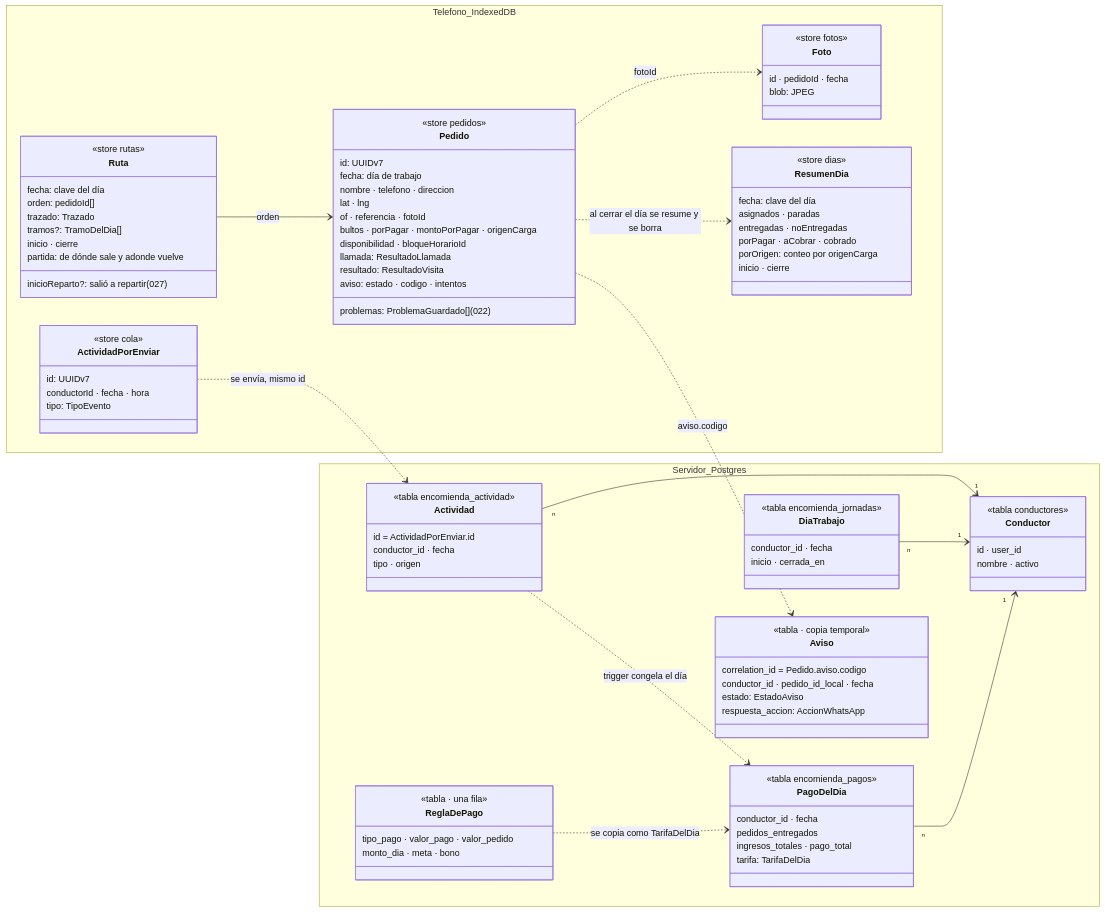
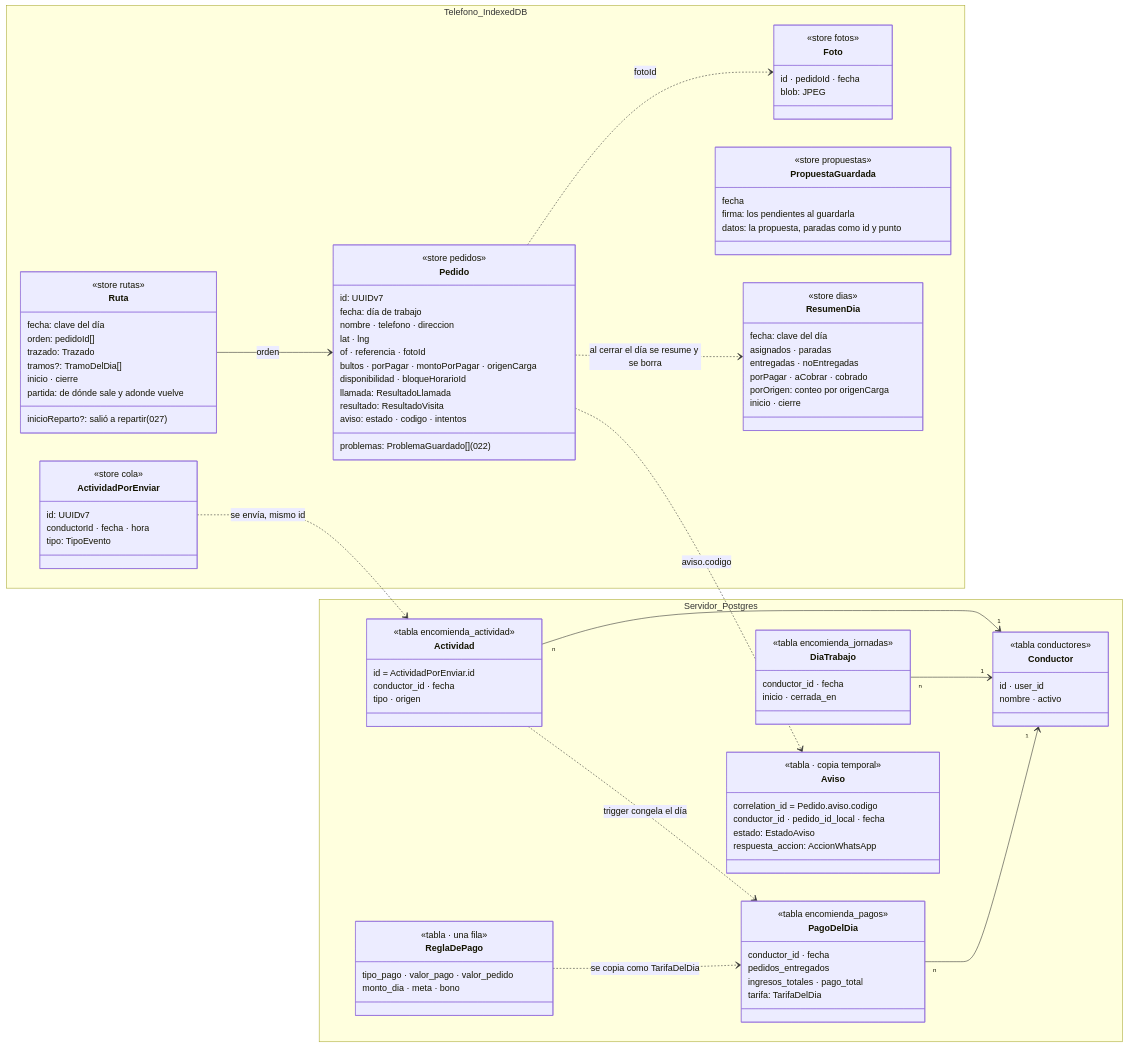
The first of 3 diagrams in docs/CLASES.md (etianypr/ProyectoAres), drawn with Mermaid before and after one commit. The commit also changed other lines of this file and 19 other files, not shown here.

First line of the commit message:
La ruta propuesta sobrevive a cerrar la app (IndexedDB v6, store «propuestas»)

```diff
--- a/docs/CLASES.md
+++ b/docs/CLASES.md
@@ -70,6 +70,12 @@
       <<store fotos>>
       id · pedidoId · fecha
       blob: JPEG
+    }
+    class PropuestaGuardada {
+      <<store propuestas>>
+      fecha
+      firma: los pendientes al guardarla
+      datos: la propuesta, paradas como id y punto
     }
     class ResumenDia {
       <<store dias>>
```
